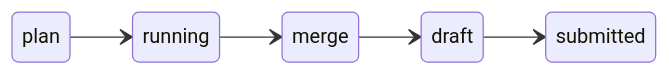
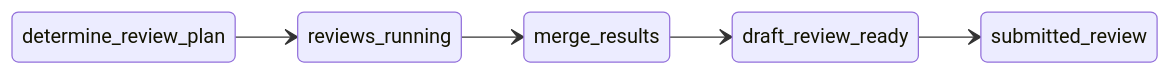
One commit to mfittko/pi-dev-loops changed the second of 2 diagrams in docs/applied-dev-loops-presentation.md. Above: the diagram before and after it, drawn with Mermaid. The commit also changed other lines of this file, not shown here.

Commit message:
docs: tighten applied deck contract wording

````diff
--- a/docs/applied-dev-loops-presentation.md
+++ b/docs/applied-dev-loops-presentation.md
@@ -136,8 +136,8 @@
 ```mermaid {scale: 0.6}
 stateDiagram-v2
   direction LR
-  plan --> running
-  running --> merge
-  merge --> draft
-  draft --> submitted
+  determine_review_plan --> reviews_running
+  reviews_running --> merge_results
+  merge_results --> draft_review_ready
+  draft_review_ready --> submitted_review
 ```
````
